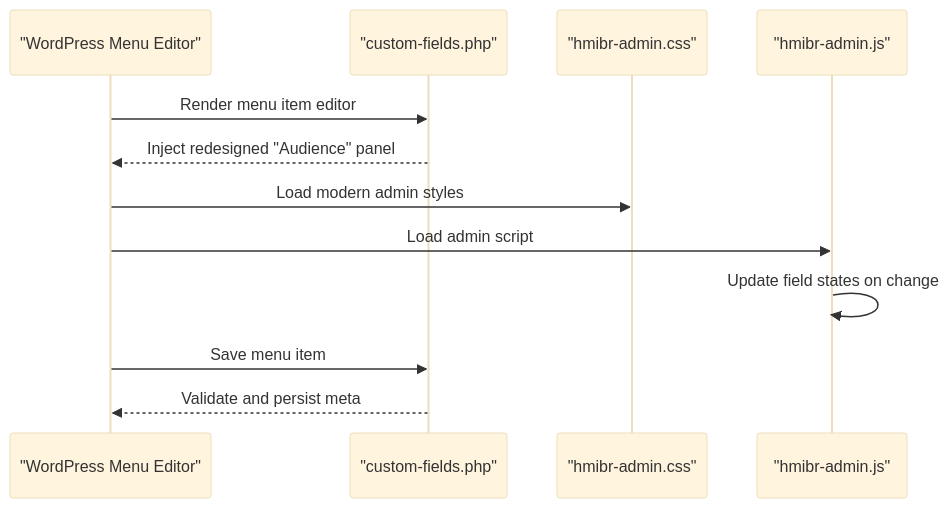
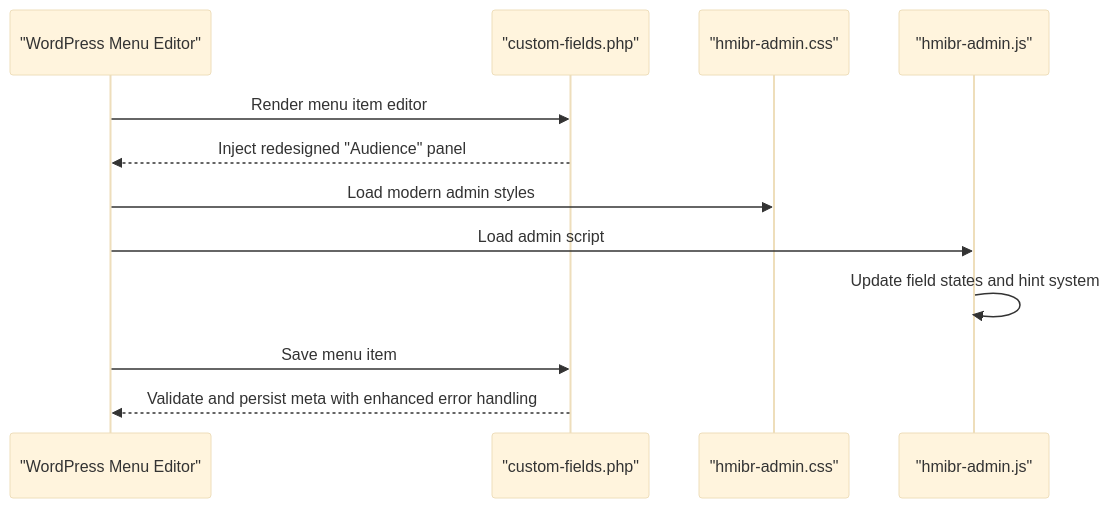
One commit to mahfuzurwp/hide-menu-items-by-role changed the second of 6 diagrams in .qoder/repowiki/en/content/Features Guide/Admin Interface & User Experience.md. Above: the diagram before and after it, drawn with Mermaid (base theme). The commit also changed other lines of this file and 8 other files, not shown here.

````diff
--- a/.qoder/repowiki/en/content/Features Guide/Admin Interface & User Experience.md
+++ b/.qoder/repowiki/en/content/Features Guide/Admin Interface & User Experience.md
@@ -86,14 +90,14 @@
 ```mermaid
 sequenceDiagram
 participant WP as "WordPress Menu Editor"
 participant PHP as "custom-fields.php"
 participant CSS as "hmibr-admin.css"
 participant JS as "hmibr-admin.js"
 WP->>PHP : Render menu item editor
 PHP-->>WP : Inject redesigned "Audience" panel
 WP->>CSS : Load modern admin styles
 WP->>JS : Load admin script
-JS->>JS : Update field states on change
+JS->>JS : Update field states and hint system
 WP->>PHP : Save menu item
-PHP-->>WP : Validate and persist meta
+PHP-->>WP : Validate and persist meta with enhanced error handling
 ```
````
